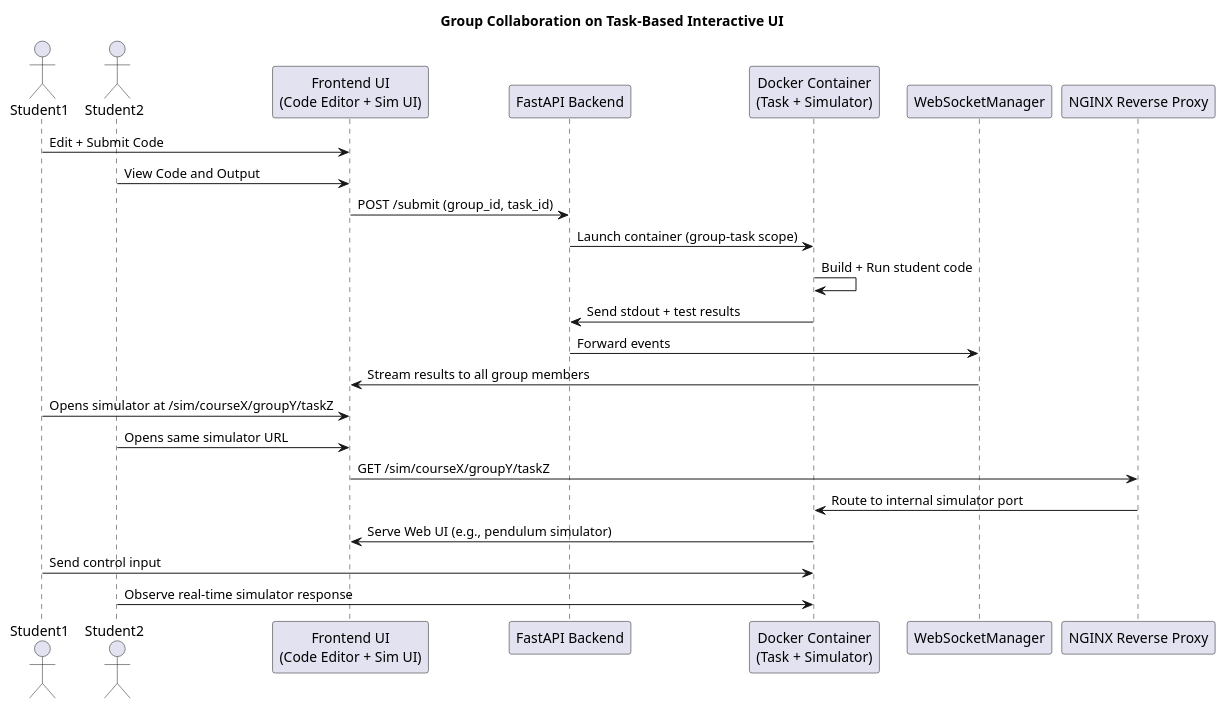
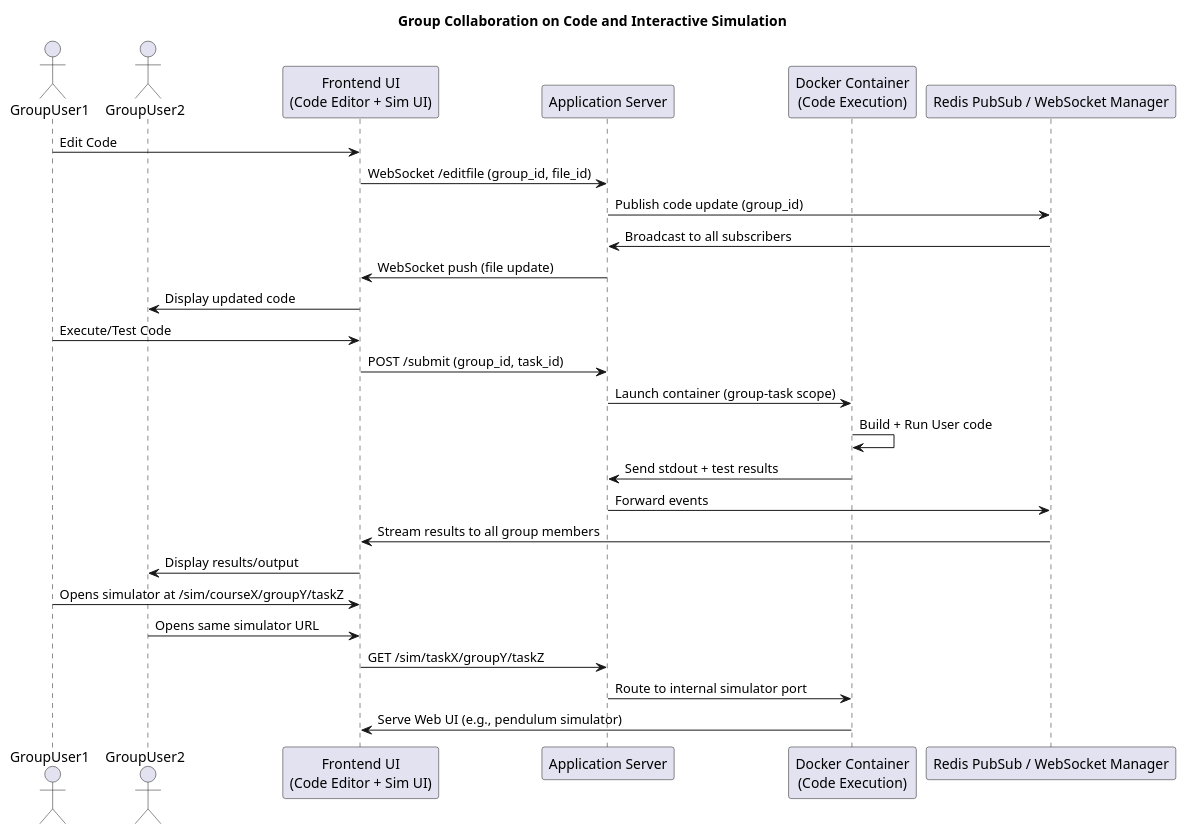
One commit to Hayzenpup/design-playground changed the diagram in codespace/sequence-collab.puml. Above: the diagram before and after it, drawn with PlantUML.

Commit message:
codespace: sequence-collab

```diff
--- a/codespace/sequence-collab.puml
+++ b/codespace/sequence-collab.puml
@@ -1,35 +1,37 @@
 @startuml
-title Group Collaboration on Task-Based Interactive UI
+title Group Collaboration on Code and Interactive Simulation
 
-actor Student1
-actor Student2
+actor GroupUser1
+actor GroupUser2
 
 participant "Frontend UI\n(Code Editor + Sim UI)" as UI
-participant "FastAPI Backend" as Backend
-participant "Docker Container\n(Task + Simulator)" as Container
-participant "WebSocketManager" as WS
-participant "NGINX Reverse Proxy" as NGINX
+participant "Application Server" as Backend
+participant "Docker Container\n(Code Execution)" as Container
+participant "Redis PubSub / WebSocket Manager" as WS
 
-Student1 -> UI : Edit + Submit Code
-Student2 -> UI : View Code and Output
 
+GroupUser1 -> UI : Edit Code
+UI -> Backend : WebSocket /editfile (group_id, file_id)
+Backend -> WS : Publish code update (group_id)
+WS -> Backend : Broadcast to all subscribers
+Backend -> UI : WebSocket push (file update)
+UI -> GroupUser2 : Display updated code
+
+' ======= Execute/Test Code=====
+GroupUser1 -> UI : Execute/Test Code
 UI -> Backend : POST /submit (group_id, task_id)
-
 Backend -> Container : Launch container (group-task scope)
-Container -> Container : Build + Run student code
+Container -> Container : Build + Run User code
 Container -> Backend : Send stdout + test results
-
 Backend -> WS : Forward events
 WS -> UI : Stream results to all group members
+UI -> GroupUser2 : Display results/output
 
-Student1 -> UI : Opens simulator at /sim/courseX/groupY/taskZ
-Student2 -> UI : Opens same simulator URL
 
-UI -> NGINX : GET /sim/courseX/groupY/taskZ
-NGINX -> Container : Route to internal simulator port
+GroupUser1 -> UI : Opens simulator at /sim/courseX/groupY/taskZ
+GroupUser2 -> UI : Opens same simulator URL
+UI -> Backend : GET /sim/taskX/groupY/taskZ
+Backend -> Container : Route to internal simulator port
 Container -> UI : Serve Web UI (e.g., pendulum simulator)
 
-Student1 -> Container : Send control input
-Student2 -> Container : Observe real-time simulator response
-
 @enduml
```
